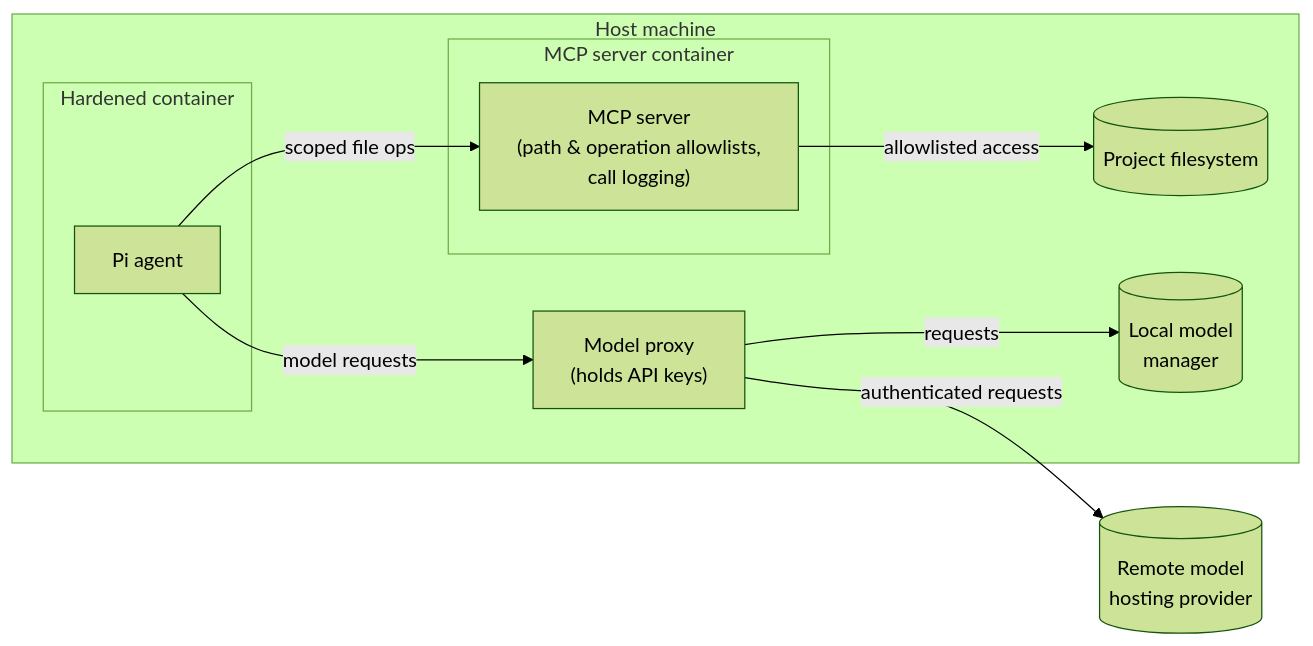
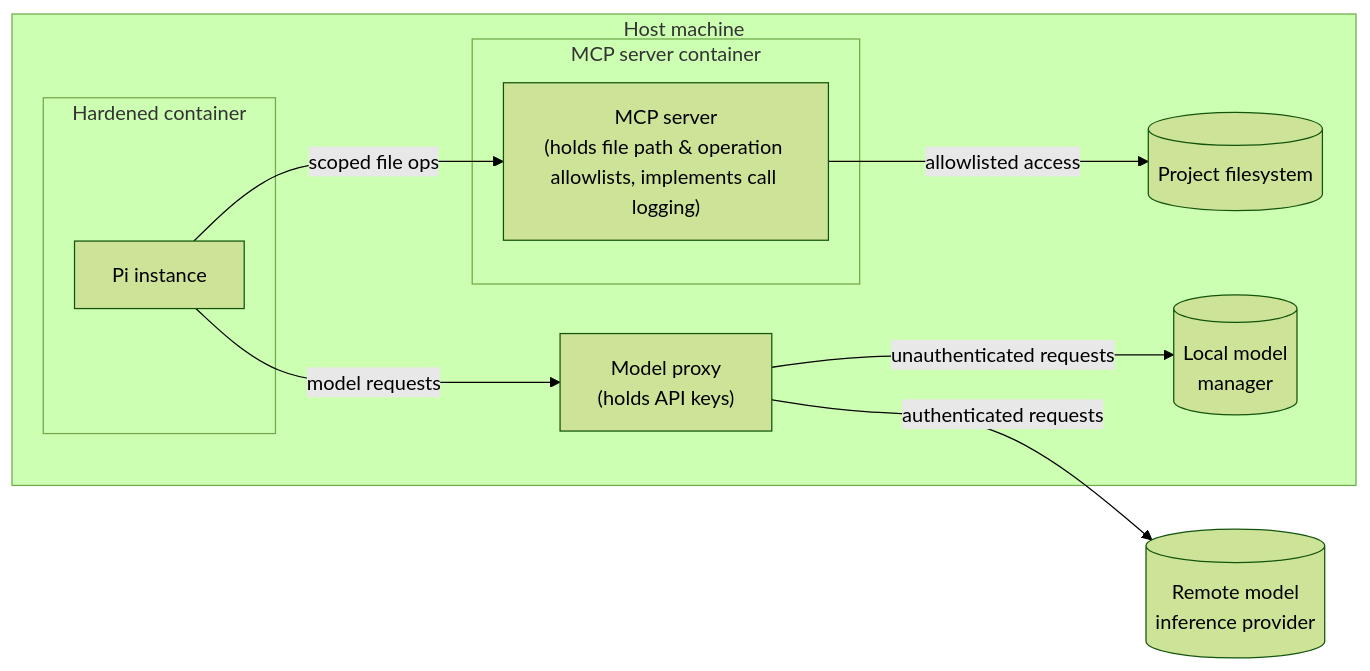
Before and after one commit to kieranpotts/genie: the first of 4 diagrams in docs/solution.md, drawn with Mermaid (forest theme). The commit also changed other lines of this file and 5 other files, not shown here.

````diff
--- a/docs/solution.md
+++ b/docs/solution.md
@@ -11,25 +11,25 @@
 ```mermaid
 flowchart LR
   subgraph Host["Host machine"]
     FS[("Project filesystem")]
 
     subgraph AgentContainer["Hardened container"]
-      Pi["Pi agent"]
+      Pi["Pi instance"]
     end
 
     subgraph MCPContainer["MCP server container"]
-      MCP["MCP server\n(path & operation allowlists,\ncall logging)"]
+      MCP["MCP server\n(holds file path & operation allowlists, implements call logging)"]
     end
 
     Proxy["Model proxy\n(holds API keys)"]
     LocalModel[("Local model\nmanager")]
   end
 
-  RemoteModel[("Remote model\nhosting provider")]
+  RemoteModel[("Remote model\ninference provider")]
 
   Pi -- "scoped file ops" --> MCP
   MCP -- "allowlisted access" --> FS
   Pi -- "model requests" --> Proxy
-  Proxy -- "requests" --> LocalModel
+  Proxy -- "unauthenticated requests" --> LocalModel
   Proxy -- "authenticated requests" --> RemoteModel
 ```
````
